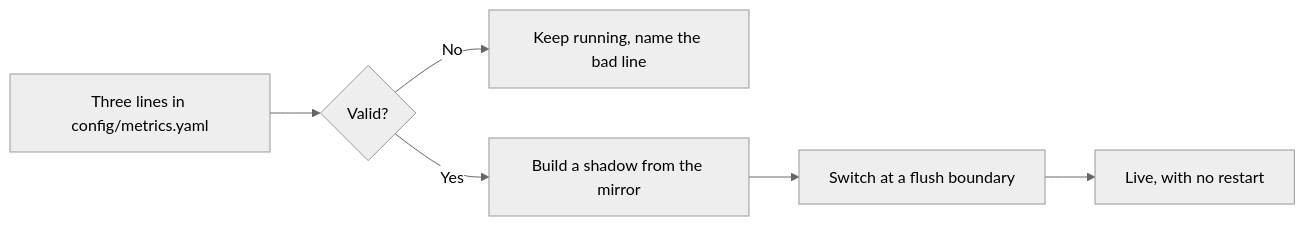
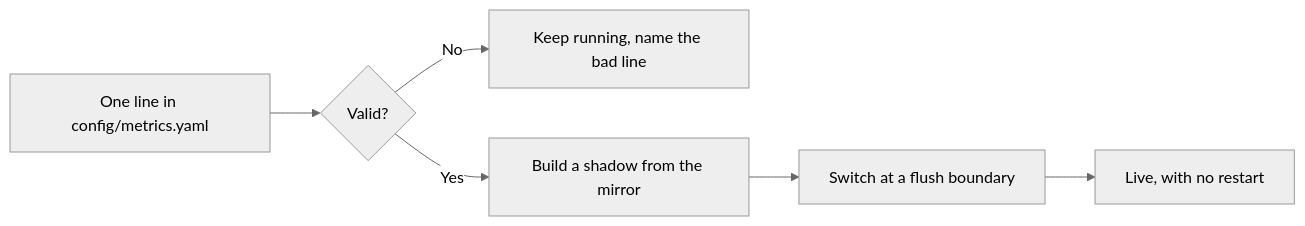
Before and after one commit to WarHawkADI/cuboid: the third of 3 diagrams in README.md, drawn with Mermaid (neutral theme). The commit also changed other lines of this file and 38 other files, not shown here.

First line of the commit message:
Add the 10-slide deck, correct the metric to one line of YAML, record the final demo

````diff
--- a/README.md
+++ b/README.md
@@ -264,8 +265,8 @@
 ```mermaid
 flowchart LR
-  Y[Three lines in config/metrics.yaml] --> V{Valid?}
+  Y[One line in config/metrics.yaml] --> V{Valid?}
   V -->|No| E[Keep running, name the bad line]
   V -->|Yes| B[Build a shadow from the mirror]
   B --> S[Switch at a flush boundary]
   S --> L[Live, with no restart]
 ```
````
